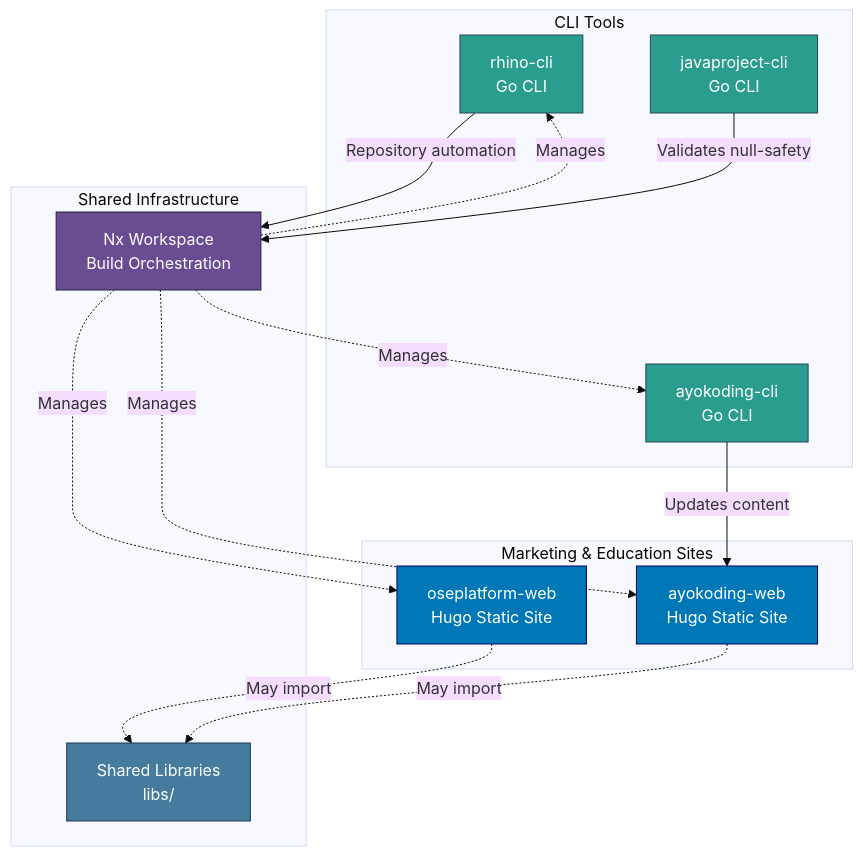
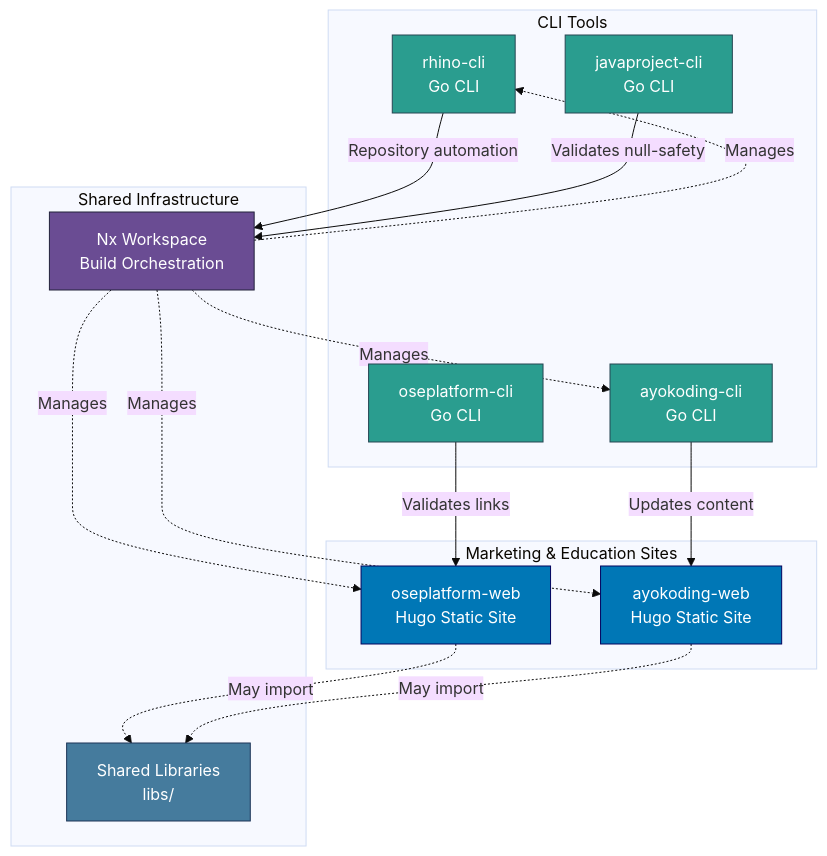
The second of 13 diagrams in docs/reference/re__system-architecture.md (wahidyankf/open-sharia-enterprise), drawn with Mermaid (base theme) before and after one commit. The commit also changed other lines of this file and 18 other files, not shown here.

First line of the commit message:
feat(oseplatform-cli): add CLI with links check command

````diff
--- a/docs/reference/re__system-architecture.md
+++ b/docs/reference/re__system-architecture.md
@@ -137,38 +148,41 @@
 ```mermaid
 graph TB
     subgraph "Marketing & Education Sites"
         OSE[oseplatform-web<br/>Hugo Static Site]
         AYO[ayokoding-web<br/>Hugo Static Site]
     end
 
     subgraph "CLI Tools"
         AYOCLI[ayokoding-cli<br/>Go CLI]
         RHINO[rhino-cli<br/>Go CLI]
         JPVAL[javaproject-cli<br/>Go CLI]
+        OSECLI[oseplatform-cli<br/>Go CLI]
     end
 
     subgraph "Shared Infrastructure"
         NX[Nx Workspace<br/>Build Orchestration]
         LIBS[Shared Libraries<br/>libs/]
     end
 
     AYOCLI -->|Updates content| AYO
     RHINO -->|Repository automation| NX
     JPVAL -->|Validates null-safety| NX
+    OSECLI -->|Validates links| OSE
 
     NX -.->|Manages| OSE
     NX -.->|Manages| AYO
     NX -.->|Manages| AYOCLI
     NX -.->|Manages| RHINO
 
     OSE -.->|May import| LIBS
     AYO -.->|May import| LIBS
 
     style OSE fill:#0077b6,stroke:#03045e,color:#ffffff
     style AYO fill:#0077b6,stroke:#03045e,color:#ffffff
     style AYOCLI fill:#2a9d8f,stroke:#264653,color:#ffffff
     style RHINO fill:#2a9d8f,stroke:#264653,color:#ffffff
     style JPVAL fill:#2a9d8f,stroke:#264653,color:#ffffff
+    style OSECLI fill:#2a9d8f,stroke:#264653,color:#ffffff
     style NX fill:#6a4c93,stroke:#22223b,color:#ffffff
     style LIBS fill:#457b9d,stroke:#1d3557,color:#ffffff
 ```
````
